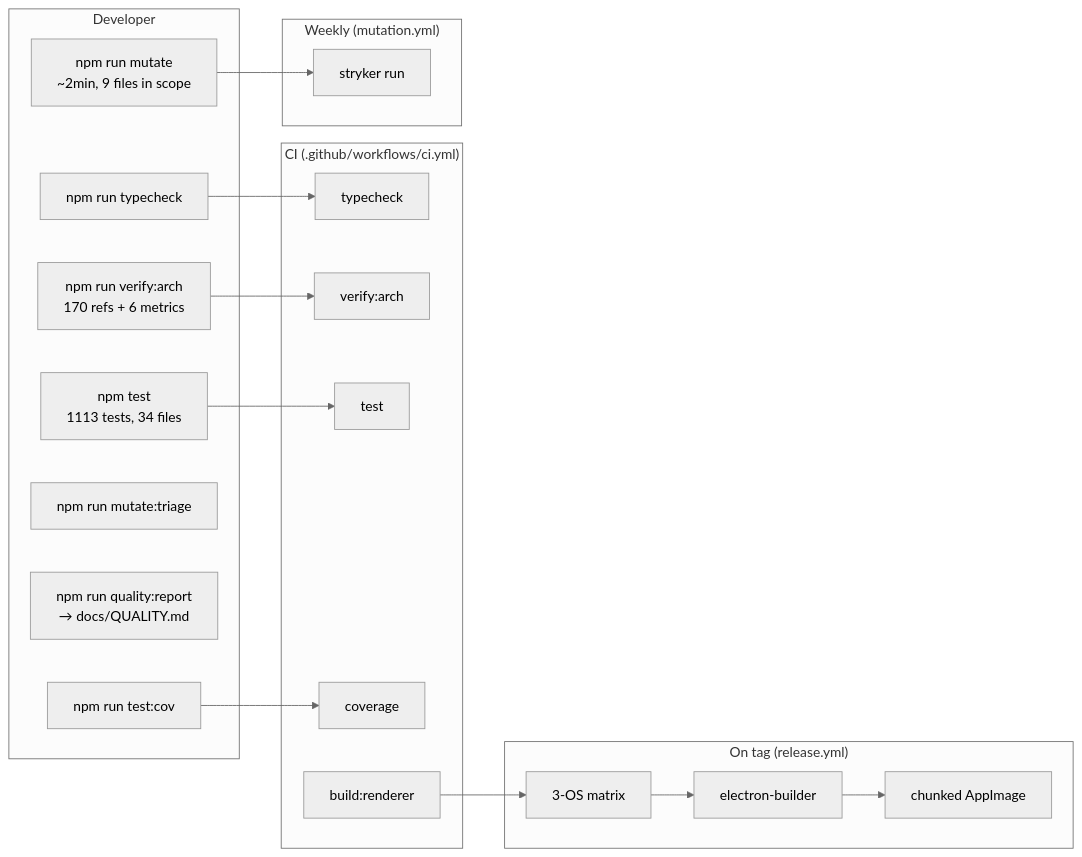
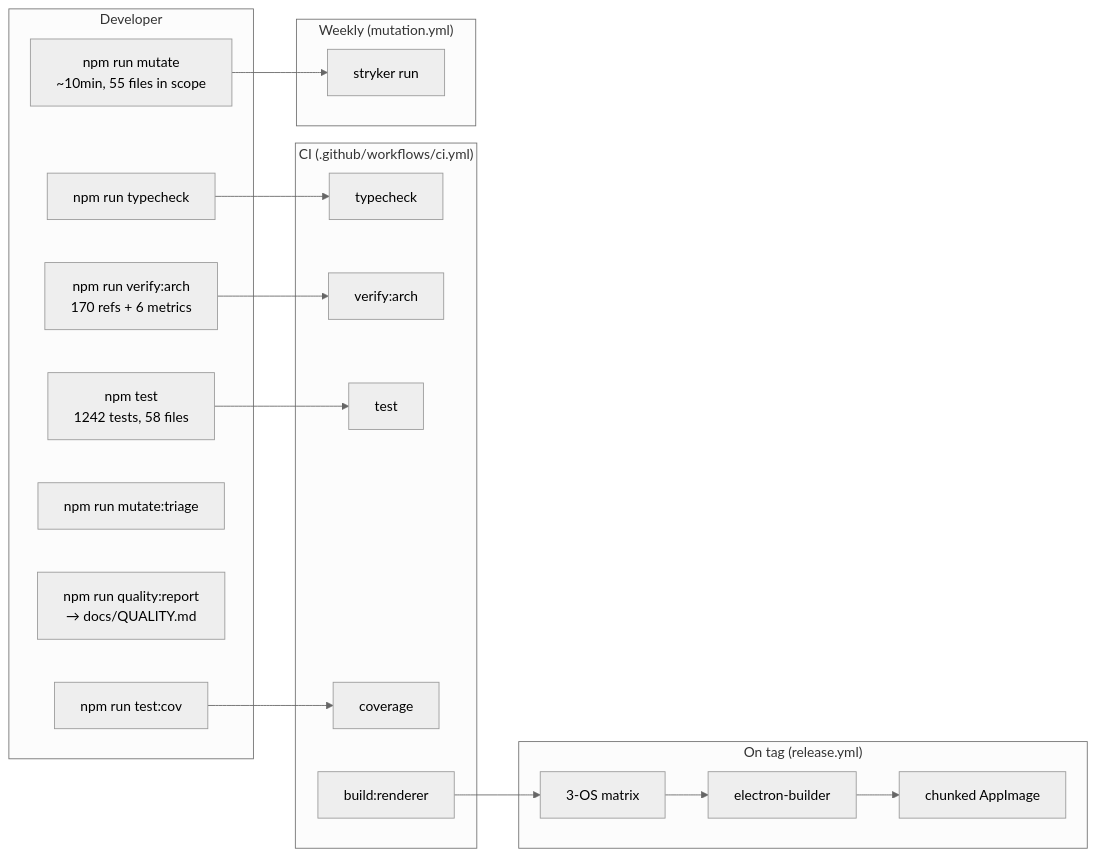
Before and after one commit to hiroto1977/-: the tenth of 14 diagrams in docs/ARCHITECTURE.md, drawn with Mermaid (neutral theme). The commit also changed other lines of this file and 2 other files, not shown here.

````diff
--- a/docs/ARCHITECTURE.md
+++ b/docs/ARCHITECTURE.md
@@ -654,33 +654,33 @@
 ```mermaid
 graph LR
   subgraph "Developer"
     D1[npm run typecheck]
-    D2[npm test<br/>1113 tests, 34 files]
+    D2[npm test<br/>1242 tests, 58 files]
     D3[npm run test:cov]
-    D4[npm run mutate<br/>~2min, 9 files in scope]
+    D4[npm run mutate<br/>~10min, 55 files in scope]
     D5[npm run mutate:triage]
     D6[npm run quality:report<br/>→ docs/QUALITY.md]
     D7[npm run verify:arch<br/>170 refs + 6 metrics]
   end
   subgraph "CI (.github/workflows/ci.yml)"
     C1[typecheck]
     C2[verify:arch]
     C3[test]
     C4[coverage]
     C5[build:renderer]
   end
   subgraph "Weekly (mutation.yml)"
     M1[stryker run]
   end
   subgraph "On tag (release.yml)"
     R1[3-OS matrix]
     R2[electron-builder]
     R3[chunked AppImage]
   end
   D1 --> C1
   D7 --> C2
   D2 --> C3
   D3 --> C4
   D4 --> M1
   C5 --> R1 --> R2 --> R3
 ```
````
